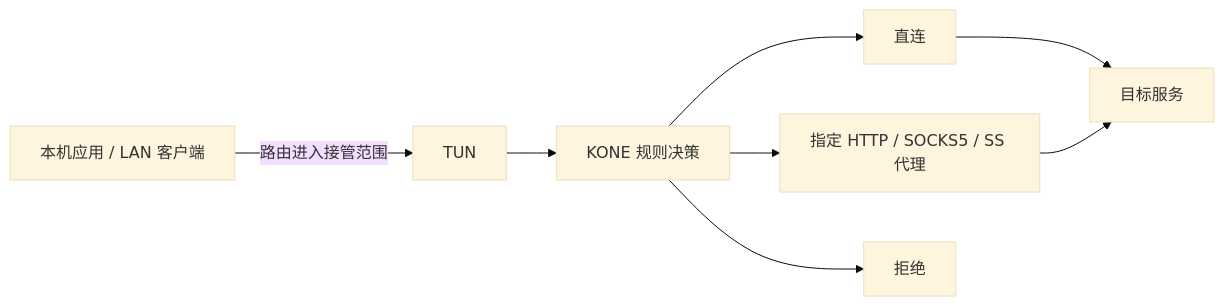
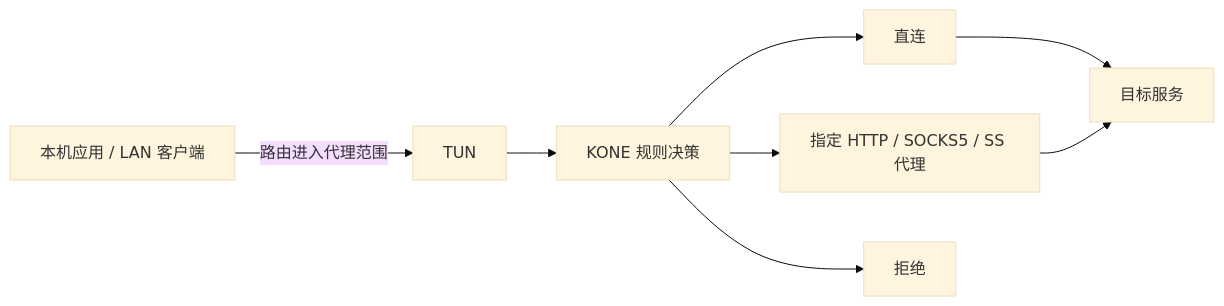
The diagram in docs/requirements/prd.md (xjdrew/kone), drawn with Mermaid (base theme) before and after one commit. The commit also changed other lines of this file and 65 other files, not shown here.

````diff
--- a/docs/requirements/prd.md
+++ b/docs/requirements/prd.md
@@ -24,10 +24,10 @@
 ```mermaid
 flowchart LR
-  A[本机应用 / LAN 客户端] -->|路由进入接管范围| T[TUN]
+  A[本机应用 / LAN 客户端] -->|路由进入代理范围| T[TUN]
   T --> K[KONE 规则决策]
   K --> D[直连]
   K --> P[指定 HTTP / SOCKS5 / SS 代理]
   K --> R[拒绝]
   D --> S[目标服务]
   P --> S
 ```
````
